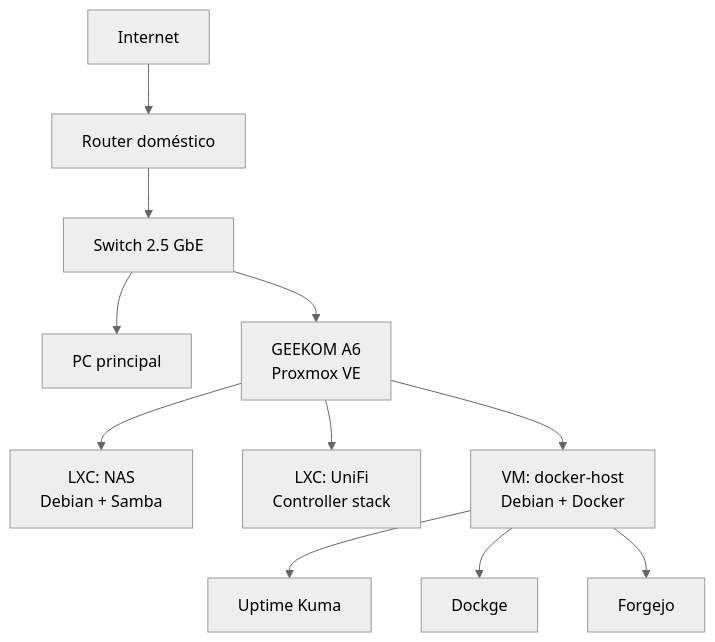
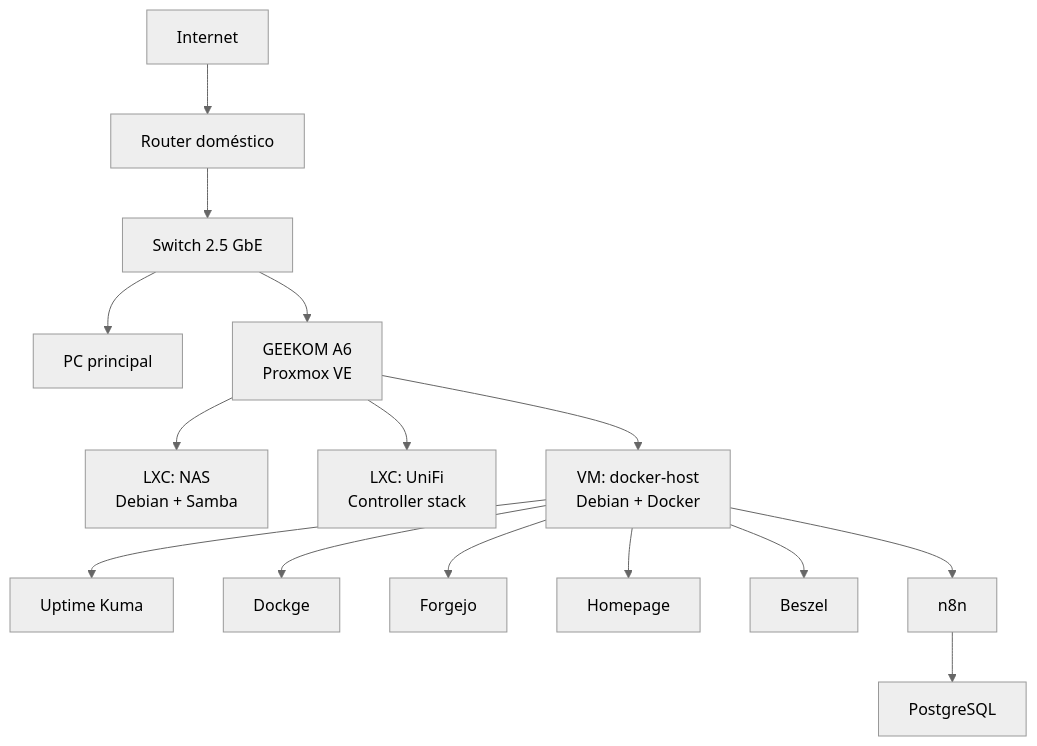
Before and after one commit to Evo1148/homelab: the diagram in README.es.md, drawn with Mermaid (neutral theme). The commit also changed other lines of this file, not shown here.

````diff
--- a/README.es.md
+++ b/README.es.md
@@ -27,15 +27,19 @@
 ```mermaid
 flowchart TD
     WAN[Internet] --> R[Router doméstico]
     R --> S[Switch 2.5 GbE]
     S --> PC[PC principal]
     S --> PVE[GEEKOM A6<br/>Proxmox VE]
 
     PVE --> NAS[LXC: NAS<br/>Debian + Samba]
     PVE --> UNIFI[LXC: UniFi<br/>Controller stack]
     PVE --> DOCKER[VM: docker-host<br/>Debian + Docker]
 
     DOCKER --> KUMA[Uptime Kuma]
     DOCKER --> DOCKGE[Dockge]
     DOCKER --> FORGEJO[Forgejo]
+    DOCKER --> HOMEPAGE[Homepage]
+    DOCKER --> BESZEL[Beszel]
+    DOCKER --> N8N[n8n]
+    N8N --> PG[PostgreSQL]
 ```
````
